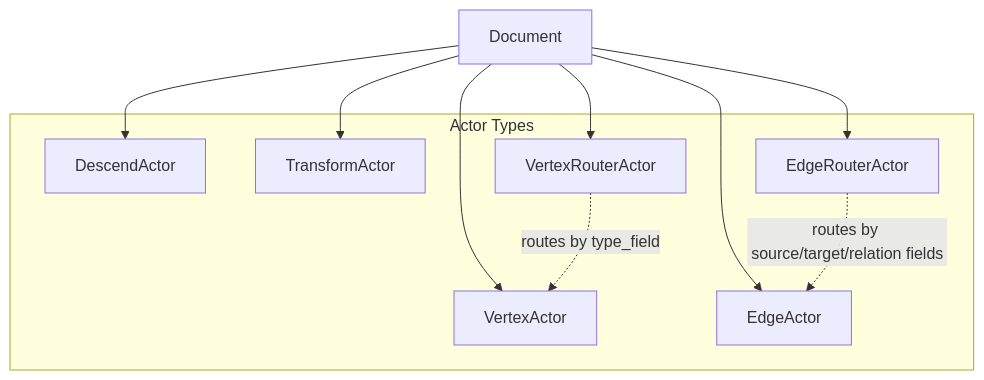
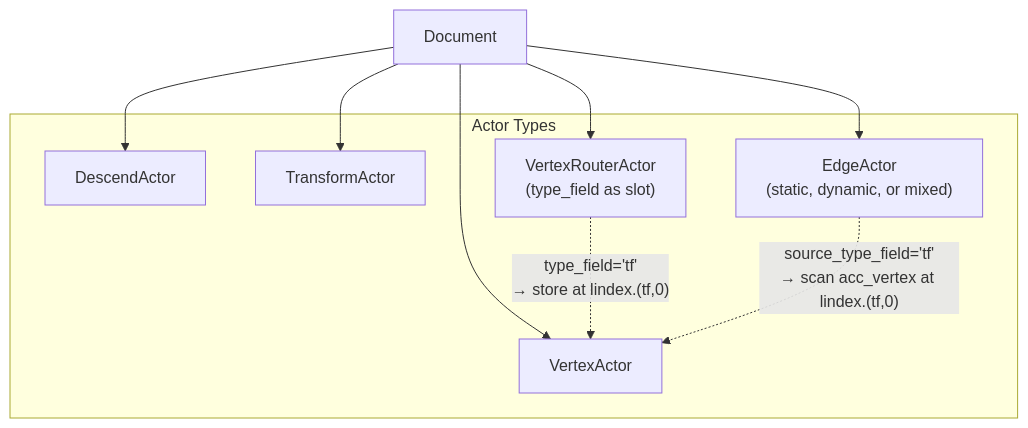
One commit to growgraph/graflo changed the seventh of 8 diagrams in docs/concepts/index.md. Above: the diagram before and after it, drawn with Mermaid. The commit also changed other lines of this file and 45 other files, not shown here.

Commit message:
improvements for EdgeActor <- dynamic, EdgeRouter <- retired

````diff
--- a/docs/concepts/index.md
+++ b/docs/concepts/index.md
@@ -632,19 +631,17 @@
 ```mermaid
 flowchart TB
     subgraph actors [Actor Types]
         D[DescendActor]
         T[TransformActor]
         V[VertexActor]
-        E[EdgeActor]
-        VR[VertexRouterActor]
-        ER[EdgeRouterActor]
+        E["EdgeActor\n(static, dynamic, or mixed)"]
+        VR["VertexRouterActor\n(type_field as slot)"]
     end
     Doc[Document] --> D
     Doc --> T
     Doc --> V
     Doc --> E
     Doc --> VR
-    Doc --> ER
-    VR -.->|routes by type_field| V
-    ER -.->|routes by source/target/relation fields| E
+    VR -.->|"type_field='tf'\n→ store at lindex.(tf,0)"| V
+    E -.->|"source_type_field='tf'\n→ scan acc_vertex at lindex.(tf,0)"| V
 ```
````
